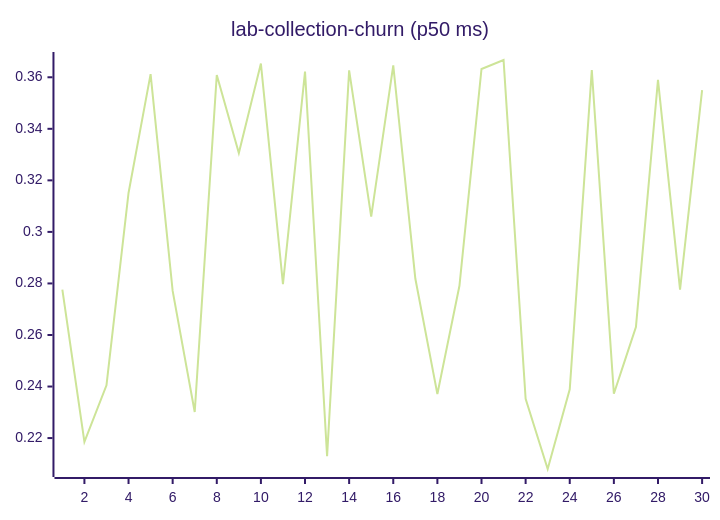
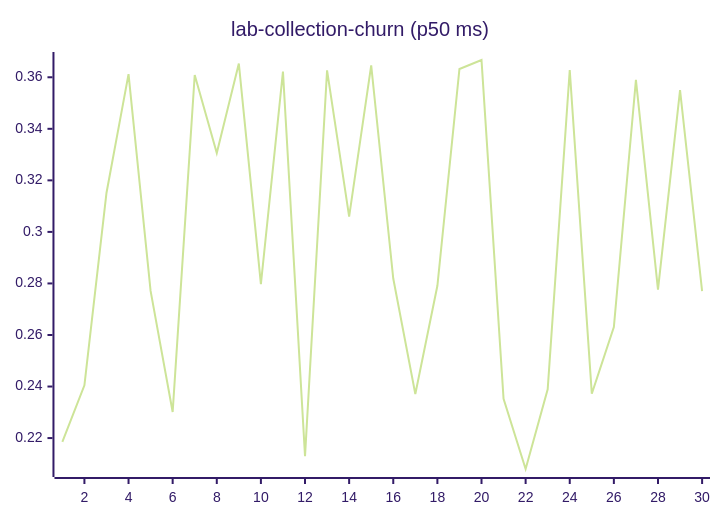
One commit to josha/Facet changed diagram 11 of 27 in README.md. Above: the diagram before and after it, drawn with Mermaid (forest theme). The commit also changed other lines of this file and 2 other files, not shown here.

````diff
--- a/README.md
+++ b/README.md
@@ -133,6 +133,6 @@
 ```mermaid
 xychart-beta
     title "lab-collection-churn (p50 ms)"
     x-axis 1 --> 30
-    line [0.2776, 0.2185, 0.2405, 0.3151, 0.3612, 0.2771, 0.2301, 0.3609, 0.3306, 0.3653, 0.2797, 0.3622, 0.2130, 0.3627, 0.3059, 0.3646, 0.2819, 0.2371, 0.2791, 0.3632, 0.3667, 0.2352, 0.2080, 0.2389, 0.3628, 0.2372, 0.2631, 0.3590, 0.2776, 0.3550]
+    line [0.2185, 0.2405, 0.3151, 0.3612, 0.2771, 0.2301, 0.3609, 0.3306, 0.3653, 0.2797, 0.3622, 0.2130, 0.3627, 0.3059, 0.3646, 0.2819, 0.2371, 0.2791, 0.3632, 0.3667, 0.2352, 0.2080, 0.2389, 0.3628, 0.2372, 0.2631, 0.3590, 0.2776, 0.3550, 0.2770]
 ```
````
